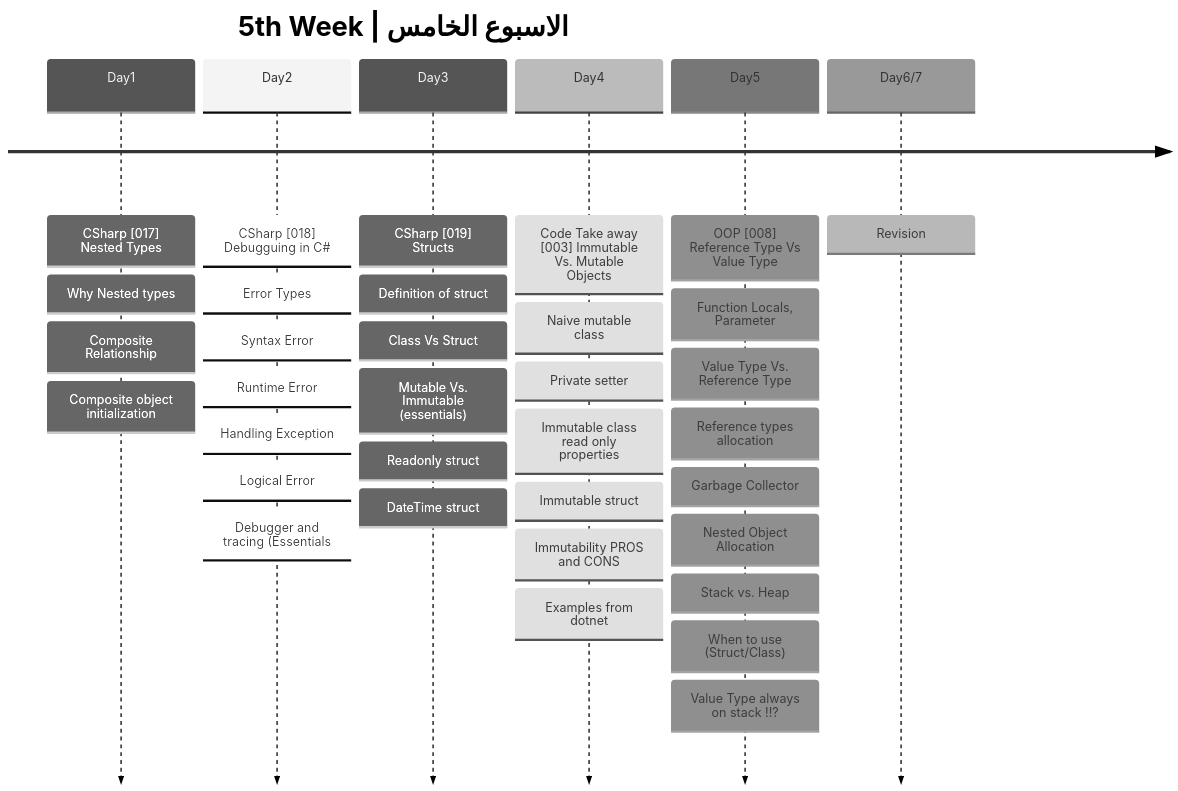
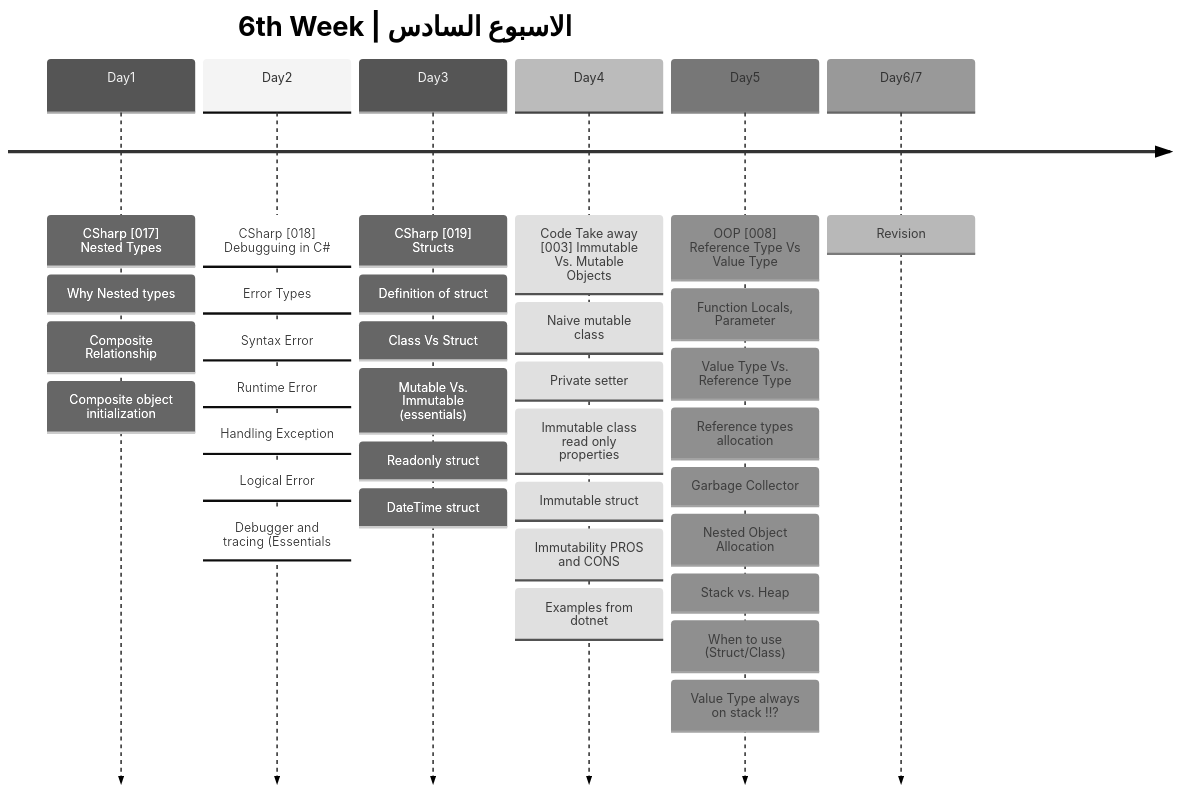
The eighth of 15 diagrams in README.md (metigator/Roadmap), drawn with Mermaid (neutral theme) before and after one commit. The commit also changed other lines of this file, not shown here.

````diff
--- a/README.md
+++ b/README.md
@@ -278,38 +341,38 @@
 ```mermaid
 timeline
-    title  5th Week | الاسبوع الخامس
+    title  6th Week | الاسبوع السادس
     Day1 : CSharp [017] Nested Types
          : Why Nested types
          : Composite Relationship
          : Composite object initialization 
     Day2 : CSharp [018] Debugguing in C#
          : Error Types
          : Syntax Error
          : Runtime Error
          : Handling Exception
          : Logical Error
          : Debugger and tracing (Essentials
     Day3 : CSharp [019] Structs
          : Definition of struct 
          : Class Vs Struct
          : Mutable Vs. Immutable (essentials)
          : Readonly struct
          : DateTime struct  
     Day4 : Code Take away [003] Immutable Vs. Mutable Objects
          : Naive mutable class
          : Private setter
          : Immutable class read only properties
          : Immutable struct
          : Immutability PROS and CONS
          : Examples from dotnet
     Day5 : OOP [008] Reference Type Vs Value Type
          : Function Locals, Parameter
          : Value Type Vs. Reference Type
          : Reference types allocation
          : Garbage Collector
          : Nested Object Allocation
          : Stack vs. Heap
          : When to use (Struct/Class)
          : Value Type always on stack !!?
   Day6/7 : Revision
 ```
````
